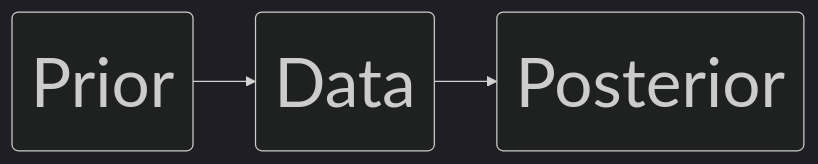
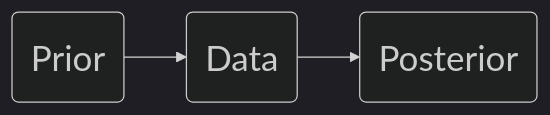
Before and after one commit to juanitorduz/website_projects: the second of 2 diagrams in Presentations/mmm/mmm.qmd, drawn with Mermaid. The commit also changed other lines of this file and 10 other files, not shown here.

````diff
--- a/Presentations/mmm/mmm.qmd
+++ b/Presentations/mmm/mmm.qmd
@@ -109,8 +112,8 @@
 ```{mermaid}
-%%| fig-width: 500px
+%%| fig-width: 900px
 %%| fig-align: "center"
-%%{init: {"theme": "dark", "themeVariables": {"fontSize": "54px"}, "flowchart":{"htmlLabels":false}}}%%
+%%{init: {"theme": "dark", "themeVariables": {"fontSize": "28px"}, "flowchart":{"htmlLabels":false}}}%%
 flowchart LR
   Prior("Prior") --> Data("Data")
   Data --> Posterior("Posterior")
 ```
````
